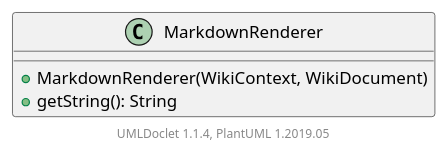
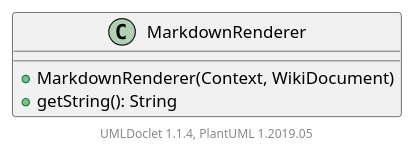
The diagram in apidocs/2.11.0.M7-SNAPSHOT/org/apache/wiki/render/markdown/MarkdownRenderer.puml (apache/jspwiki-site), drawn with PlantUML before and after one commit. The commit also changed 2126 other files, not shown here.

```diff
--- a/apidocs/2.11.0.M7-SNAPSHOT/org/apache/wiki/render/markdown/MarkdownRenderer.puml
+++ b/apidocs/2.11.0.M7-SNAPSHOT/org/apache/wiki/render/markdown/MarkdownRenderer.puml
@@ -1,10 +1,10 @@
 @startuml
 
     class MarkdownRenderer [[MarkdownRenderer.html]] {
-        +MarkdownRenderer(WikiContext, WikiDocument)
+        +MarkdownRenderer(Context, WikiDocument)
         +getString(): String
     }
 
 
     center footer UMLDoclet 1.1.4, PlantUML 1.2019.05
 @enduml
```
